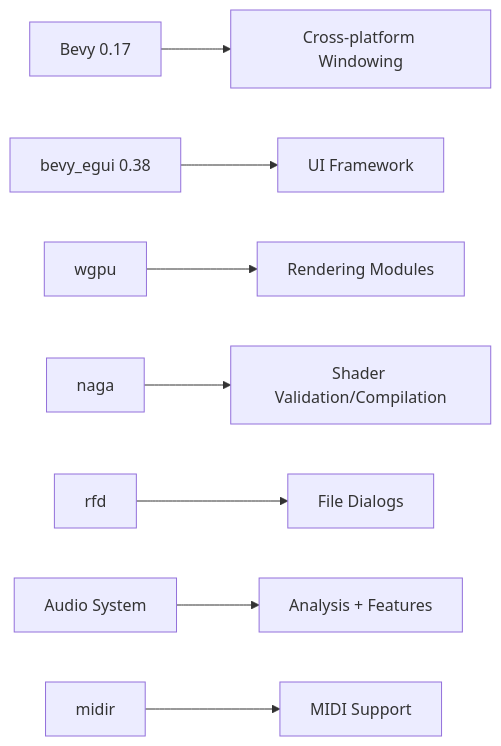
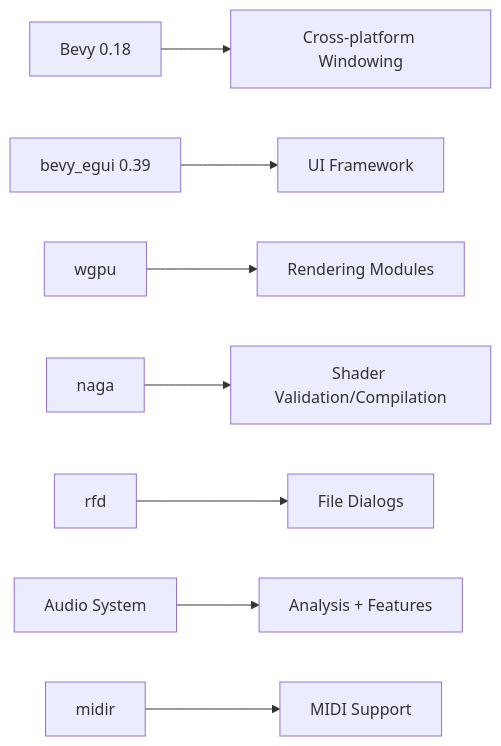
Before and after one commit to compiling-org/WGSL-Shader-Studio: the second of 11 diagrams in docs/WGSL_Shader_Studio_Technical_Architecture_Current.md, drawn with Mermaid. The commit also changed other lines of this file and 51 other files, not shown here.

````diff
--- a/docs/WGSL_Shader_Studio_Technical_Architecture_Current.md
+++ b/docs/WGSL_Shader_Studio_Technical_Architecture_Current.md
@@ -20,10 +20,10 @@
 ```mermaid
 flowchart LR
-    Bevy[Bevy 0.17] --> Windowing[Cross-platform Windowing]
-    Egui[bevy_egui 0.38] --> UIF[UI Framework]
+    Bevy[Bevy 0.18] --> Windowing[Cross-platform Windowing]
+    Egui[bevy_egui 0.39] --> UIF[UI Framework]
     WGPU[wgpu] --> Render[Rendering Modules]
     Naga[naga] --> Compile[Shader Validation/Compilation]
     Rfd[rfd] --> Dialogs[File Dialogs]
     Audio[Audio System] --> FFT[Analysis + Features]
     Midir[midir] --> MIDI[MIDI Support]
 ```
````
